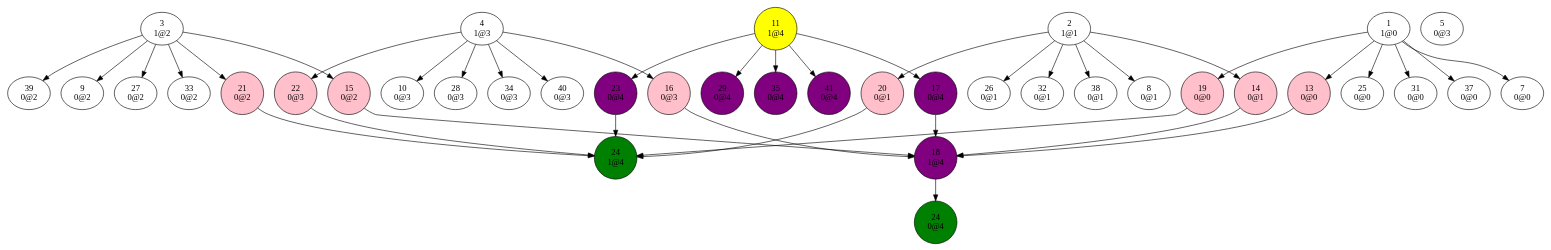
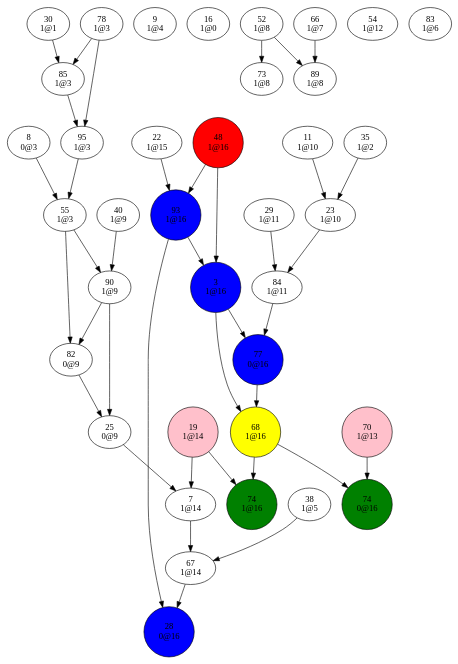
Before and after one commit to Oxmose/SATSolver: the diagram in dev/bin/conflictGraph1.dot, drawn with Graphviz. The commit also changed 18 other files, not shown here.

```diff
--- a/dev/bin/conflictGraph1.dot
+++ b/dev/bin/conflictGraph1.dot
@@ -1,200 +1,151 @@
 digraph {
-"1
-1@0"->"7
-0@0";
-"1
-1@0"->"13
-0@0";
-"1
-1@0"->"19
-0@0";
-"1
-1@0"->"25
-0@0";
-"1
-1@0"->"31
-0@0";
-"1
-1@0"->"37
-0@0";
-"2
-1@1"->"8
-0@1";
-"2
-1@1"->"14
-0@1";
-"2
-1@1"->"20
-0@1";
-"2
-1@1"->"26
-0@1";
-"2
-1@1"->"32
-0@1";
-"2
-1@1"->"38
-0@1";
 "3
-1@2"->"9
-0@2";
+1@16"->"68
+1@16";
 "3
-1@2"->"15
-0@2";
+1@16"->"77
+0@16";
+"7
+1@14"->"67
+1@14";
+"8
+0@3"->"55
+1@3";
+"9
+1@4";
+"11
+1@10"->"23
+1@10";
+"16
+1@0";
+"19
+1@14"->"7
+1@14";
+"19
+1@14"->"74
+1@16";
+"22
+1@15"->"93
+1@16";
+"23
+1@10"->"84
+1@11";
+"25
+0@9"->"7
+1@14";
+"28
+0@16";
+"29
+1@11"->"84
+1@11";
+"30
+1@1"->"85
+1@3";
+"35
+1@2"->"23
+1@10";
+"38
+1@5"->"67
+1@14";
+"40
+1@9"->"90
+1@9";
+"48
+1@16"->"3
+1@16";
+"48
+1@16"->"93
+1@16";
+"52
+1@8"->"73
+1@8";
+"52
+1@8"->"89
+1@8";
+"54
+1@12";
+"55
+1@3"->"82
+0@9";
+"55
+1@3"->"90
+1@9";
+"66
+1@7"->"89
+1@8";
+"67
+1@14"->"28
+0@16";
+"68
+1@16"->"74
+0@16";
+"68
+1@16"->"74
+1@16";
+"70
+1@13"->"74
+0@16";
+"73
+1@8";
+"74
+0@16";
+"74
+1@16";
+"77
+0@16"->"68
+1@16";
+"78
+1@3"->"85
+1@3";
+"78
+1@3"->"95
+1@3";
+"82
+0@9"->"25
+0@9";
+"83
+1@6";
+"84
+1@11"->"77
+0@16";
+"85
+1@3"->"95
+1@3";
+"89
+1@8";
+"90
+1@9"->"25
+0@9";
+"90
+1@9"->"82
+0@9";
+"93
+1@16"->"3
+1@16";
+"93
+1@16"->"28
+0@16";
+"95
+1@3"->"55
+1@3";
 "3
-1@2"->"21
-0@2";
-"3
-1@2"->"27
-0@2";
-"3
-1@2"->"33
-0@2";
-"3
-1@2"->"39
-0@2";
-"4
-1@3"->"10
-0@3";
-"4
-1@3"->"16
-0@3";
-"4
-1@3"->"22
-0@3";
-"4
-1@3"->"28
-0@3";
-"4
-1@3"->"34
-0@3";
-"4
-1@3"->"40
-0@3";
-"5
-0@3";
-"7
-0@0";
-"8
-0@1";
-"9
-0@2";
-"10
-0@3";
-"11
-1@4"->"17
-0@4";
-"11
-1@4"->"23
-0@4";
-"11
-1@4"->"29
-0@4";
-"11
-1@4"->"35
-0@4";
-"11
-1@4"->"41
-0@4";
-"13
-0@0"->"18
-1@4";
-"14
-0@1"->"18
-1@4";
-"15
-0@2"->"18
-1@4";
-"16
-0@3"->"18
-1@4";
-"17
-0@4"->"18
-1@4";
-"18
-1@4"->"24
-0@4";
+1@16"[shape=circle, style=filled, fillcolor=blue];
 "19
-0@0"->"24
-1@4";
-"20
-0@1"->"24
-1@4";
-"21
-0@2"->"24
-1@4";
-"22
-0@3"->"24
-1@4";
-"23
-0@4"->"24
-1@4";
-"24
-0@4";
-"24
-1@4";
-"25
-0@0";
-"26
-0@1";
-"27
-0@2";
+1@14"[shape=circle, style=filled, fillcolor=pink];
 "28
-0@3";
-"29
-0@4";
-"31
-0@0";
-"32
-0@1";
-"33
-0@2";
-"34
-0@3";
-"35
-0@4";
-"37
-0@0";
-"38
-0@1";
-"39
-0@2";
-"40
-0@3";
-"41
-0@4";
-"11
-1@4"[shape=circle, style=filled, fillcolor=yellow];
-"13
-0@0"[shape=circle, style=filled, fillcolor=pink];
-"14
-0@1"[shape=circle, style=filled, fillcolor=pink];
-"15
-0@2"[shape=circle, style=filled, fillcolor=pink];
-"16
-0@3"[shape=circle, style=filled, fillcolor=pink];
-"17
-0@4"[shape=circle, style=filled, fillcolor=purple];
-"18
-1@4"[shape=circle, style=filled, fillcolor=purple];
-"19
-0@0"[shape=circle, style=filled, fillcolor=pink];
-"20
-0@1"[shape=circle, style=filled, fillcolor=pink];
-"21
-0@2"[shape=circle, style=filled, fillcolor=pink];
-"22
-0@3"[shape=circle, style=filled, fillcolor=pink];
-"23
-0@4"[shape=circle, style=filled, fillcolor=purple];
-"24
-0@4"[shape=circle, style=filled, fillcolor=green];
-"24
-1@4"[shape=circle, style=filled, fillcolor=green];
-"29
-0@4"[shape=circle, style=filled, fillcolor=purple];
-"35
-0@4"[shape=circle, style=filled, fillcolor=purple];
-"41
-0@4"[shape=circle, style=filled, fillcolor=purple];
+0@16"[shape=circle, style=filled, fillcolor=blue];
+"48
+1@16"[shape=circle, style=filled, fillcolor=red];
+"68
+1@16"[shape=circle, style=filled, fillcolor=yellow];
+"70
+1@13"[shape=circle, style=filled, fillcolor=pink];
+"74
+0@16"[shape=circle, style=filled, fillcolor=green];
+"74
+1@16"[shape=circle, style=filled, fillcolor=green];
+"77
+0@16"[shape=circle, style=filled, fillcolor=blue];
+"93
+1@16"[shape=circle, style=filled, fillcolor=blue];
 }
```
